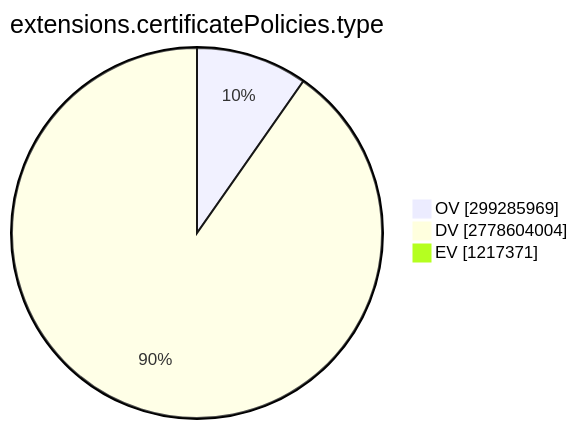
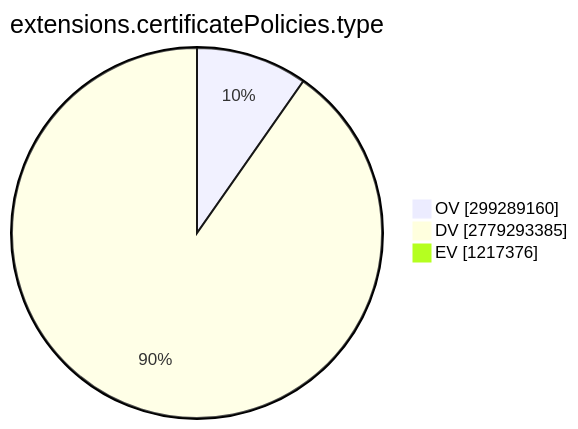
Before and after one commit to christiankrug/ctmonitor_visualization: the ninth of 15 diagrams in TOTAL/README.md, drawn with Mermaid. The commit also changed other lines of this file, not shown here.

````diff
--- a/TOTAL/README.md
+++ b/TOTAL/README.md
@@ -3101,7 +3101,7 @@
 ```mermaid
 pie showData
 title extensions.certificatePolicies.type
-"OV" :299285969
-"DV" :2778604004
-"EV" :1217371
+"OV" :299289160
+"DV" :2779293385
+"EV" :1217376
 ```
````
